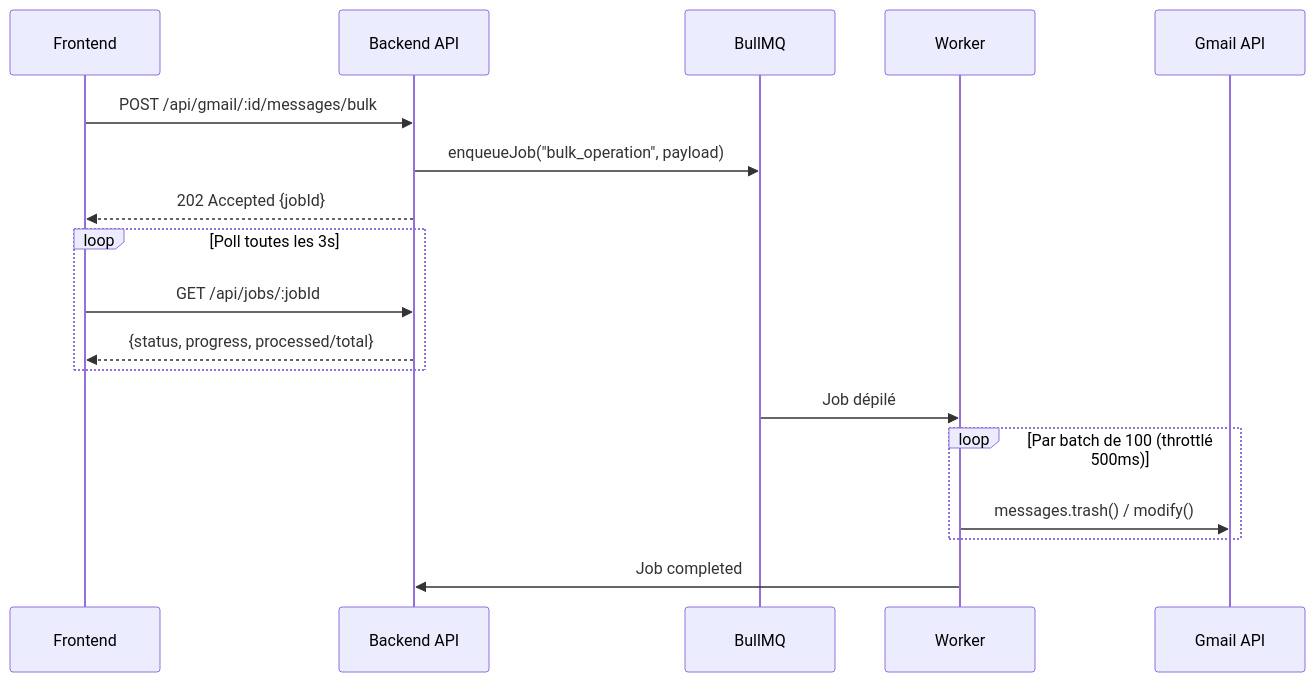
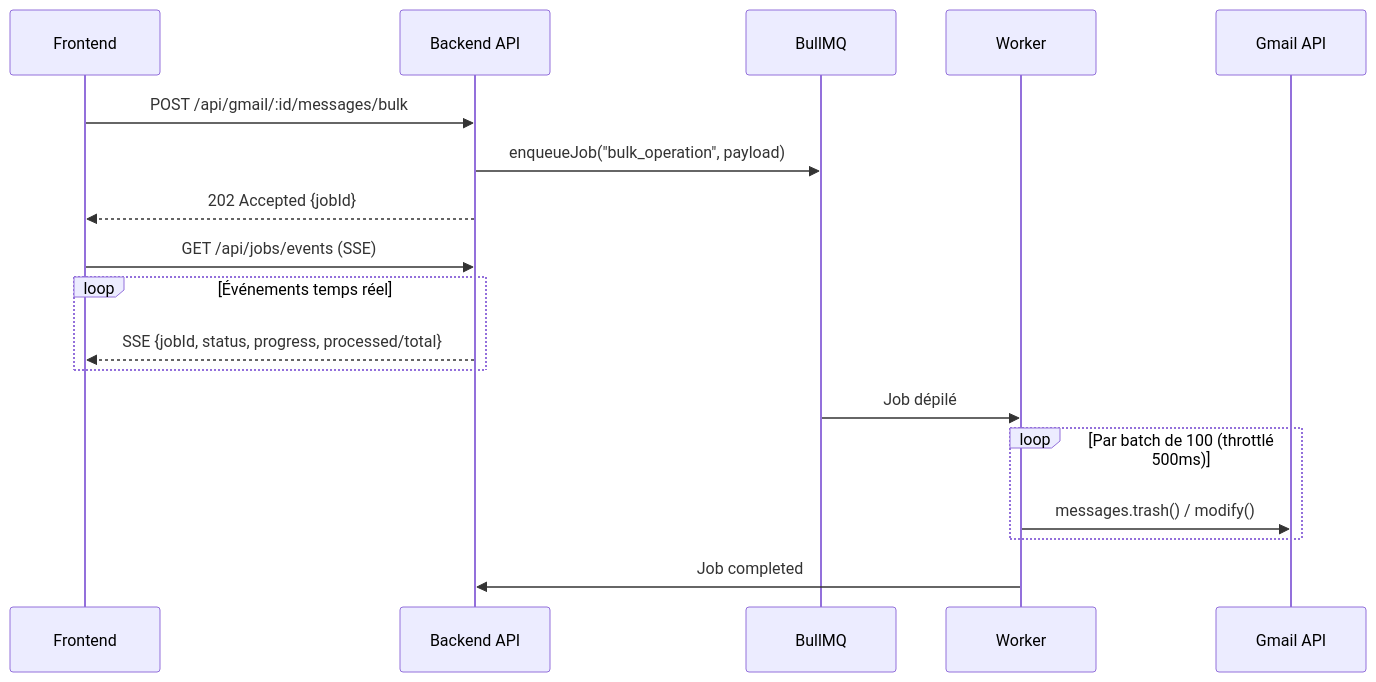
One commit to Le-Nid/nid changed the second of 3 diagrams in docs/architecture/overview.md. Above: the diagram before and after it, drawn with Mermaid. The commit also changed other lines of this file and 31 other files, not shown here.

````diff
--- a/docs/architecture/overview.md
+++ b/docs/architecture/overview.md
@@ -40,23 +40,23 @@
 ```mermaid
 sequenceDiagram
     participant UI as Frontend
     participant API as Backend API
     participant Queue as BullMQ
     participant Worker as Worker
     participant Gmail as Gmail API
 
     UI->>API: POST /api/gmail/:id/messages/bulk
     API->>Queue: enqueueJob("bulk_operation", payload)
     API-->>UI: 202 Accepted {jobId}
     
-    loop Poll toutes les 3s
-        UI->>API: GET /api/jobs/:jobId
-        API-->>UI: {status, progress, processed/total}
+    UI->>API: GET /api/jobs/events (SSE)
+    loop Événements temps réel
+        API-->>UI: SSE {jobId, status, progress, processed/total}
     end
 
     Queue->>Worker: Job dépilé
     loop Par batch de 100 (throttlé 500ms)
         Worker->>Gmail: messages.trash() / modify()
     end
     Worker->>API: Job completed
 ```
````
